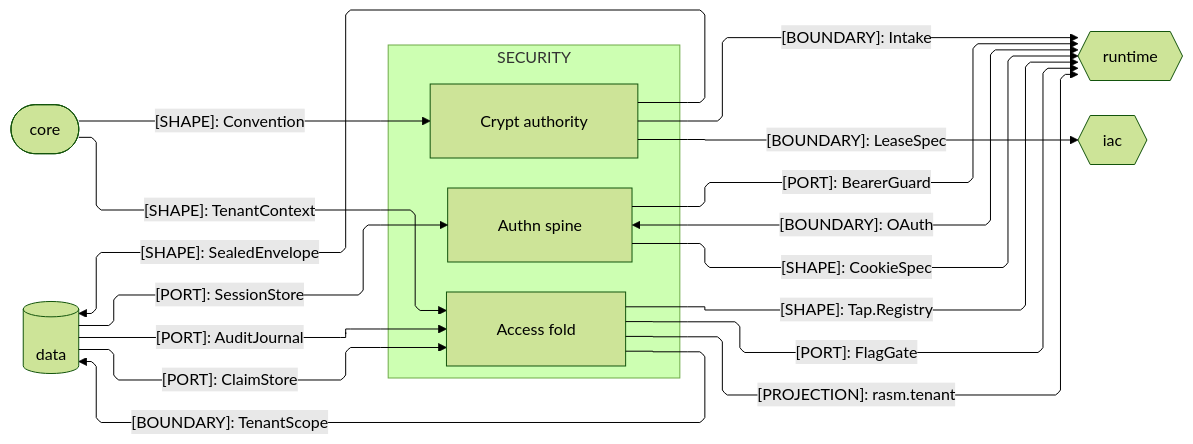
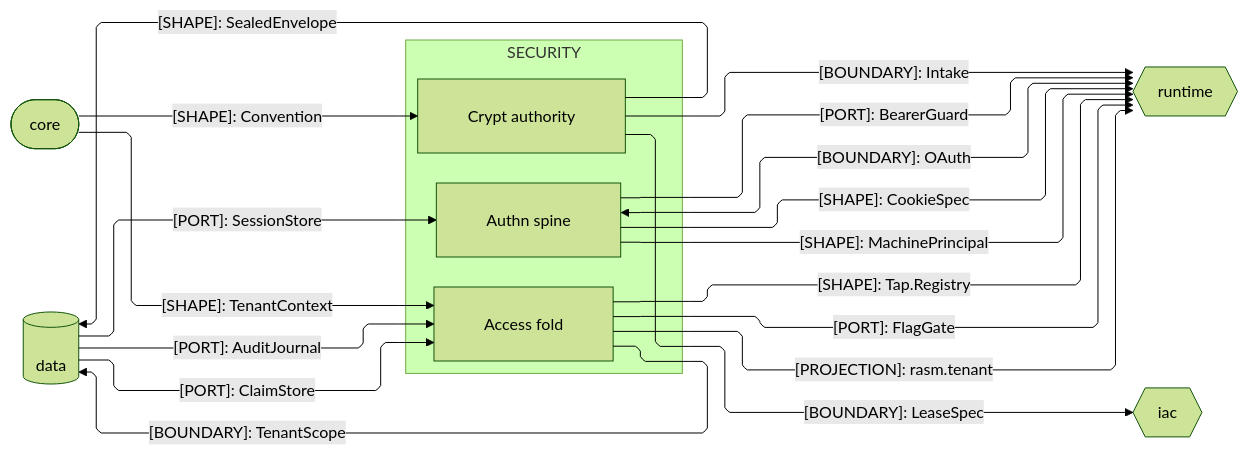
The second of 2 diagrams in libs/typescript/security/ARCHITECTURE.md (bsamiee/Rasm), drawn with Mermaid (forest theme) before and after one commit. The commit also changed other lines of this file and 108 other files, not shown here.

Commit message:
Land the coldpass doc-set deltas across README, ARCHITECTURE, RULINGS, IDEAS, and TASKLOG files

````diff
--- a/libs/typescript/security/ARCHITECTURE.md
+++ b/libs/typescript/security/ARCHITECTURE.md
@@ -81,36 +82,37 @@
 ```mermaid
 ---
 config:
   layout: elk
   flowchart:
     curve: linear
     padding: 25
 ---
 flowchart LR
     accTitle: Security package seam registry
     accDescr: Security owners exchanging identity, custody, tenancy, and telemetry contracts with the core, data, runtime, and iac peers.
     subgraph security[SECURITY]
         Crypt[Crypt authority]
         Authn[Authn spine]
         Access[Access fold]
     end
     Core([core])
     Data[(data)]
     Runtime{{runtime}}
     Iac{{iac}}
     Core e1@-->|"[SHAPE]: TenantContext"| Access
     Data e2@-->|"[PORT]: ClaimStore"| Access
     Access e3@-->|"[BOUNDARY]: TenantScope"| Data
     Data e4@-->|"[PORT]: SessionStore"| Authn
     Authn e5@-->|"[PORT]: BearerGuard"| Runtime
     Authn e6@<-->|"[BOUNDARY]: OAuth"| Runtime
     Authn e7@-->|"[SHAPE]: CookieSpec"| Runtime
+    Authn e16@-->|"[SHAPE]: MachinePrincipal"| Runtime
     Crypt e8@-->|"[SHAPE]: SealedEnvelope"| Data
     Crypt e9@-->|"[BOUNDARY]: Intake"| Runtime
     Crypt e10@-->|"[BOUNDARY]: LeaseSpec"| Iac
     Access e11@-->|"[PORT]: FlagGate"| Runtime
     Core e12@-->|"[SHAPE]: Convention"| Crypt
     Access e13@-->|"[PROJECTION]: rasm.tenant"| Runtime
     Data e14@-->|"[PORT]: AuditJournal"| Access
     Access e15@-->|"[SHAPE]: Tap.Registry"| Runtime
 ```
````
